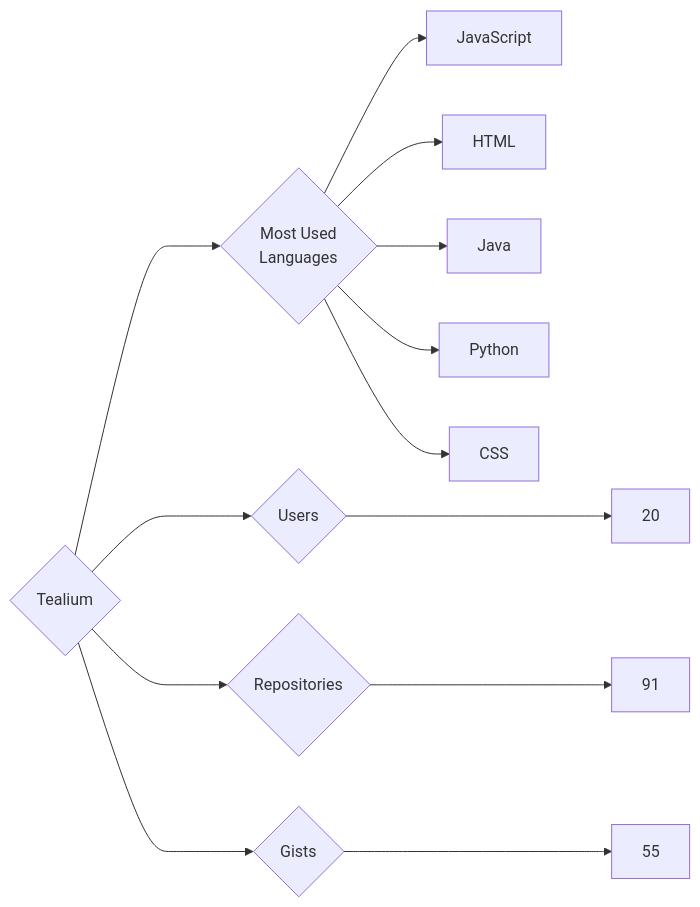
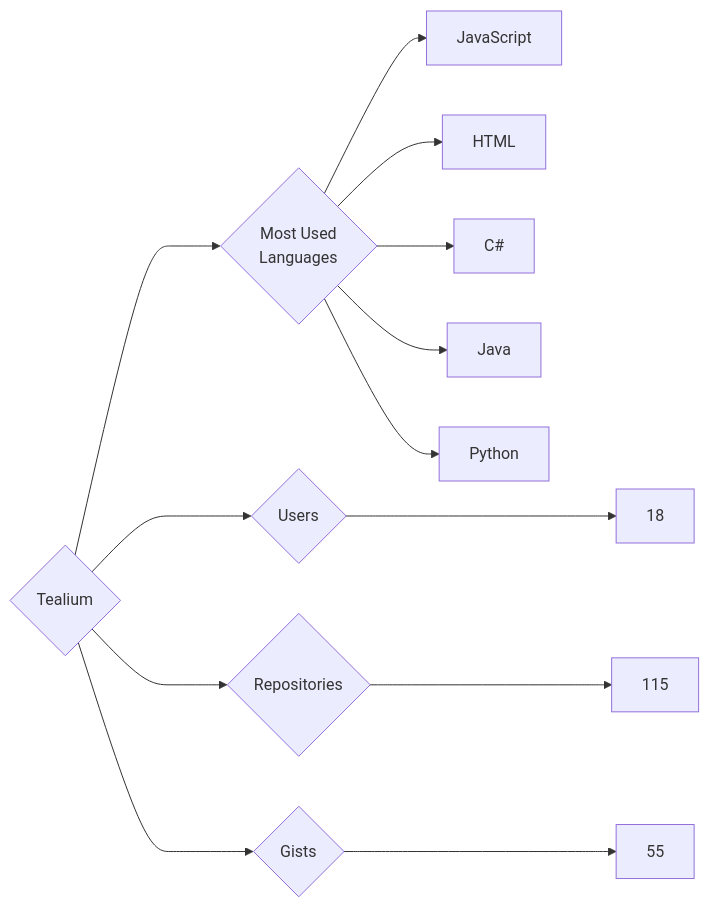
One commit to trickest/insiders changed the diagram in targets/Tealium/README.md. Above: the diagram before and after it, drawn with Mermaid. The commit also changed 895 other files, not shown here.

````diff
--- a/targets/Tealium/README.md
+++ b/targets/Tealium/README.md
@@ -3,13 +3,13 @@
 ```mermaid
 graph LR
 COMPANY_NAME{Tealium}
-COMPANY_NAME ---> U{Users} ---> UN[20]
-COMPANY_NAME ---> R{Repositories} ---> RN[91]
+COMPANY_NAME ---> U{Users} ---> UN[18]
+COMPANY_NAME ---> R{Repositories} ---> RN[115]
 COMPANY_NAME ---> G{Gists} ---> GN[55]
 COMPANY_NAME ---> ML{Most Used<br>Languages}
 ML --> JavaScript[JavaScript]
 ML --> HTML[HTML]
+ML --> C#[C#]
 ML --> Java[Java]
 ML --> Python[Python]
-ML --> CSS[CSS]
 ```
````
